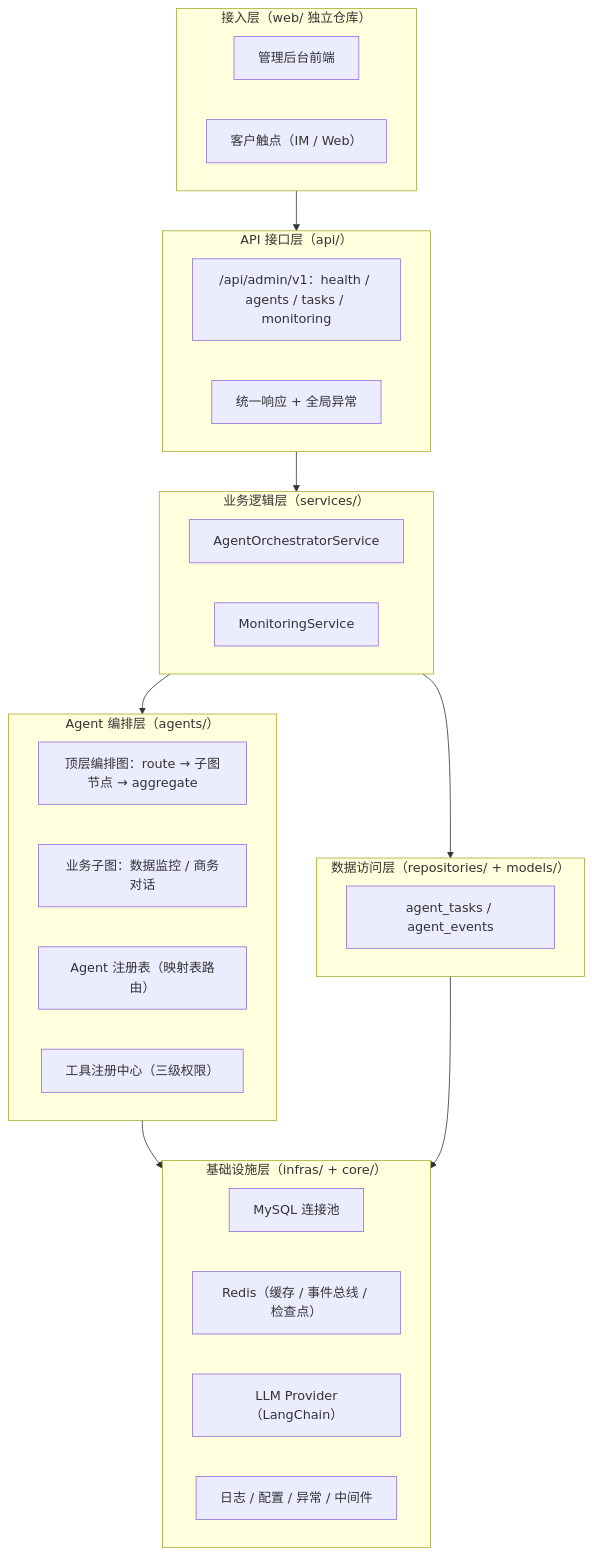
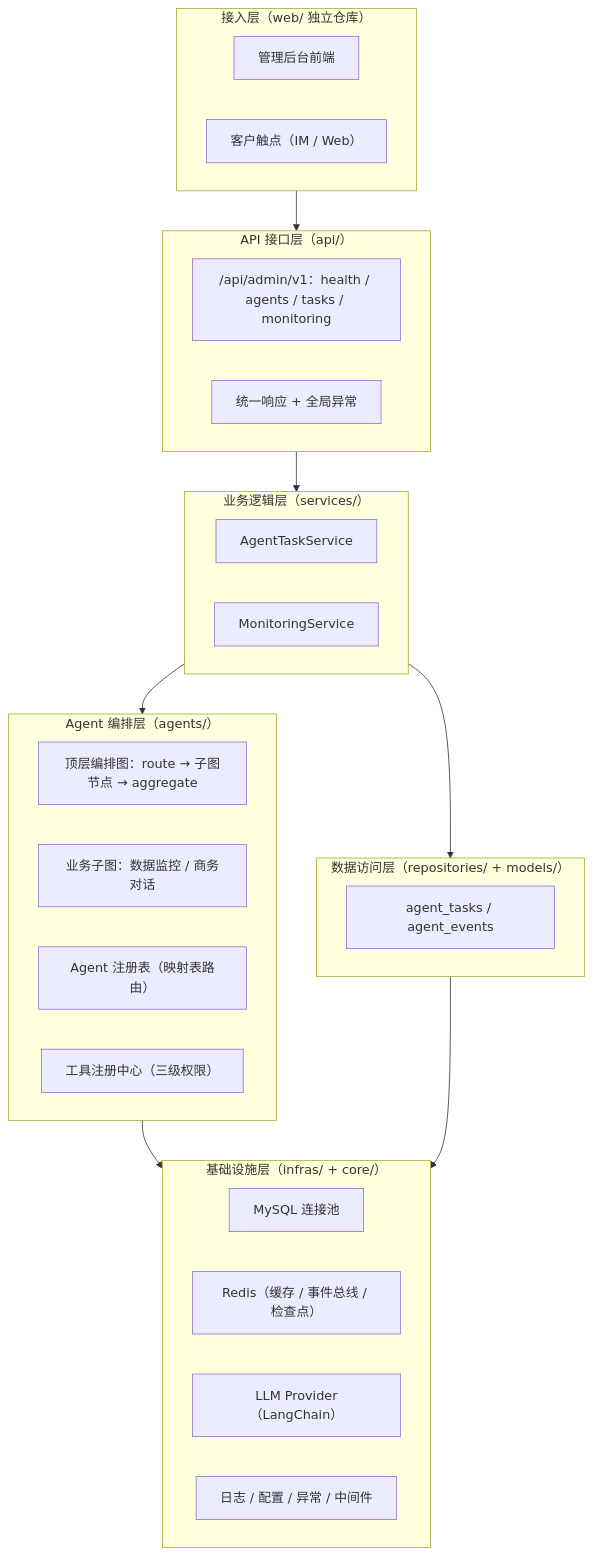
One commit to chain-engine/x-BeiChen changed the first of 3 diagrams in server/README.md. Above: the diagram before and after it, drawn with Mermaid. The commit also changed other lines of this file and 7 other files, not shown here.

````diff
--- a/server/README.md
+++ b/server/README.md
@@ -199,40 +199,40 @@
 ```mermaid
 flowchart TB
     subgraph Web["接入层（web/ 独立仓库）"]
         W1["管理后台前端"]
         W2["客户触点（IM / Web）"]
     end
 
     subgraph API["API 接口层（api/）"]
         A1["/api/admin/v1：health / agents / tasks / monitoring"]
         A2["统一响应 + 全局异常"]
     end
 
     subgraph ORCH["Agent 编排层（agents/）"]
         C1["顶层编排图：route → 子图节点 → aggregate"]
         C2["业务子图：数据监控 / 商务对话"]
         C3["Agent 注册表（映射表路由）"]
         C4["工具注册中心（三级权限）"]
     end
 
     subgraph BIZ["业务逻辑层（services/）"]
-        D1["AgentOrchestratorService"]
+        D1["AgentTaskService"]
         D2["MonitoringService"]
     end
 
     subgraph DATA["数据访问层（repositories/ + models/）"]
         E1["agent_tasks / agent_events"]
     end
 
     subgraph INFRA["基础设施层（infras/ + core/）"]
         F1["MySQL 连接池"]
         F2["Redis（缓存 / 事件总线 / 检查点）"]
         F3["LLM Provider（LangChain）"]
         F4["日志 / 配置 / 异常 / 中间件"]
     end
 
     Web --> API --> BIZ --> DATA
     BIZ --> ORCH
     ORCH --> INFRA
     DATA --> INFRA
 ```
````
